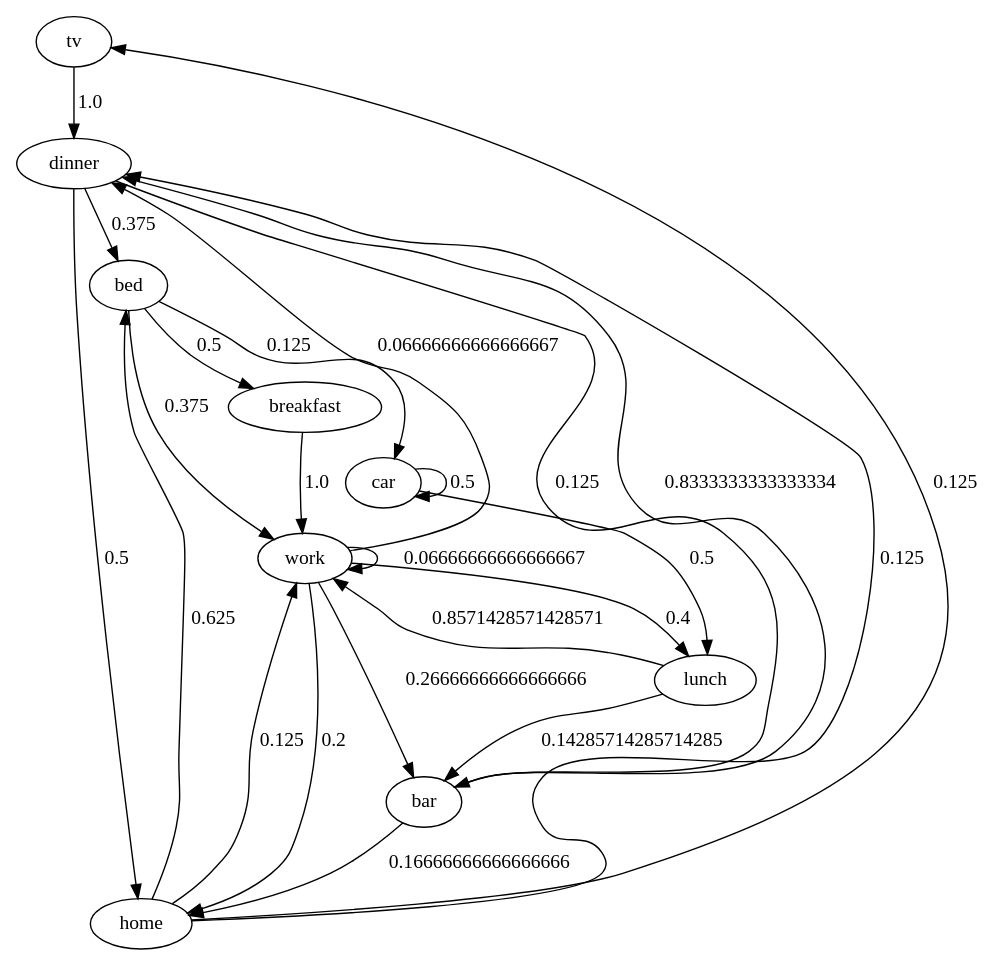
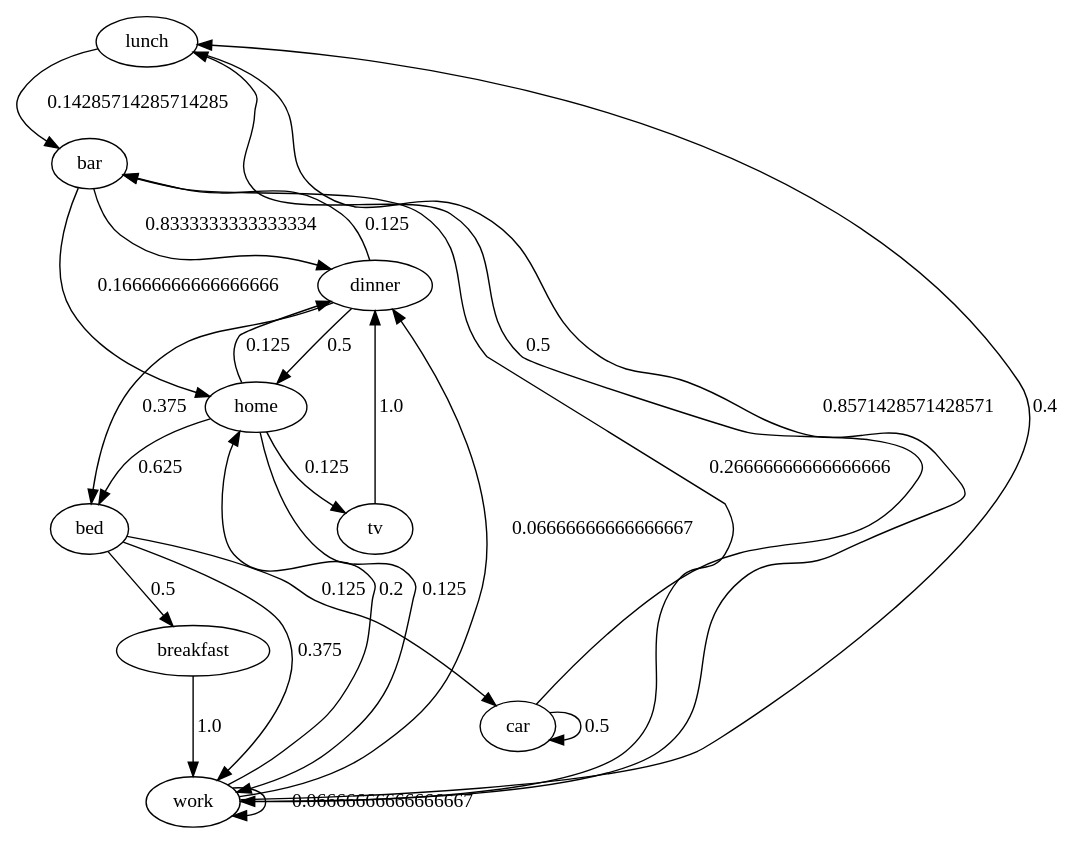
Before and after one commit to hnguye01/Python-examples: the diagram in TEMP.DOT, drawn with Graphviz. The commit also changed other lines of this file and 3 other files, not shown here.

```diff
--- a/TEMP.DOT
+++ b/TEMP.DOT
@@ -1,34 +1,34 @@
 digraph  {
+lunch;
+bar;
+bed;
 tv;
-bed;
+work;
+dinner;
 breakfast;
-work;
 car;
-lunch;
-dinner;
 home;
-bar;
-tv -> dinner  [key=0, label="1.0", weight="1.0"];
+lunch -> work  [key=0, label="0.8571428571428571", weight="0.8571428571428571"];
+lunch -> bar  [key=0, label="0.14285714285714285", weight="0.14285714285714285"];
+bar -> dinner  [key=0, label="0.8333333333333334", weight="0.8333333333333334"];
+bar -> home  [key=0, label="0.16666666666666666", weight="0.16666666666666666"];
 bed -> breakfast  [key=0, label="0.5", weight="0.5"];
 bed -> work  [key=0, label="0.375", weight="0.375"];
 bed -> car  [key=0, label="0.125", weight="0.125"];
-breakfast -> work  [key=0, label="1.0", weight="1.0"];
+tv -> dinner  [key=0, label="1.0", weight="1.0"];
 work -> lunch  [key=0, label="0.4", weight="0.4"];
 work -> bar  [key=0, label="0.26666666666666666", weight="0.26666666666666666"];
 work -> home  [key=0, label="0.2", weight="0.2"];
 work -> work  [key=0, label="0.06666666666666667", weight="0.06666666666666667"];
 work -> dinner  [key=0, label="0.06666666666666667", weight="0.06666666666666667"];
-car -> car  [key=0, label="0.5", weight="0.5"];
-car -> lunch  [key=0, label="0.5", weight="0.5"];
-lunch -> work  [key=0, label="0.8571428571428571", weight="0.8571428571428571"];
-lunch -> bar  [key=0, label="0.14285714285714285", weight="0.14285714285714285"];
 dinner -> home  [key=0, label="0.5", weight="0.5"];
 dinner -> bar  [key=0, label="0.125", weight="0.125"];
 dinner -> bed  [key=0, label="0.375", weight="0.375"];
+breakfast -> work  [key=0, label="1.0", weight="1.0"];
+car -> car  [key=0, label="0.5", weight="0.5"];
+car -> lunch  [key=0, label="0.5", weight="0.5"];
 home -> bed  [key=0, label="0.625", weight="0.625"];
 home -> tv  [key=0, label="0.125", weight="0.125"];
 home -> dinner  [key=0, label="0.125", weight="0.125"];
 home -> work  [key=0, label="0.125", weight="0.125"];
-bar -> dinner  [key=0, label="0.8333333333333334", weight="0.8333333333333334"];
-bar -> home  [key=0, label="0.16666666666666666", weight="0.16666666666666666"];
 }
```
